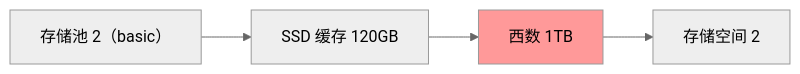
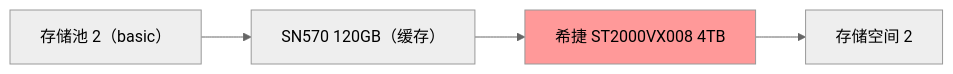
The second of 2 diagrams in docs/synology/ssd.md (cxbdasheng/AIO), drawn with Mermaid (neutral theme) before and after one commit. The commit also changed other lines of this file and 6 other files, not shown here.

````diff
--- a/docs/synology/ssd.md
+++ b/docs/synology/ssd.md
@@ -102,7 +106,7 @@
 ```mermaid
 graph LR
-    A[存储池 2（basic）] -->D[SSD 缓存 120GB]
-    D-->B[西数   1TB]
-    B --> C[存储空间 2]
+    A[存储池 2（basic）] --> D[SN570 120GB（缓存）]
+    D -->B[希捷 ST2000VX008 4TB]
+    B -->C[存储空间 2]
      style B fill:#ff9999
 ```
````
